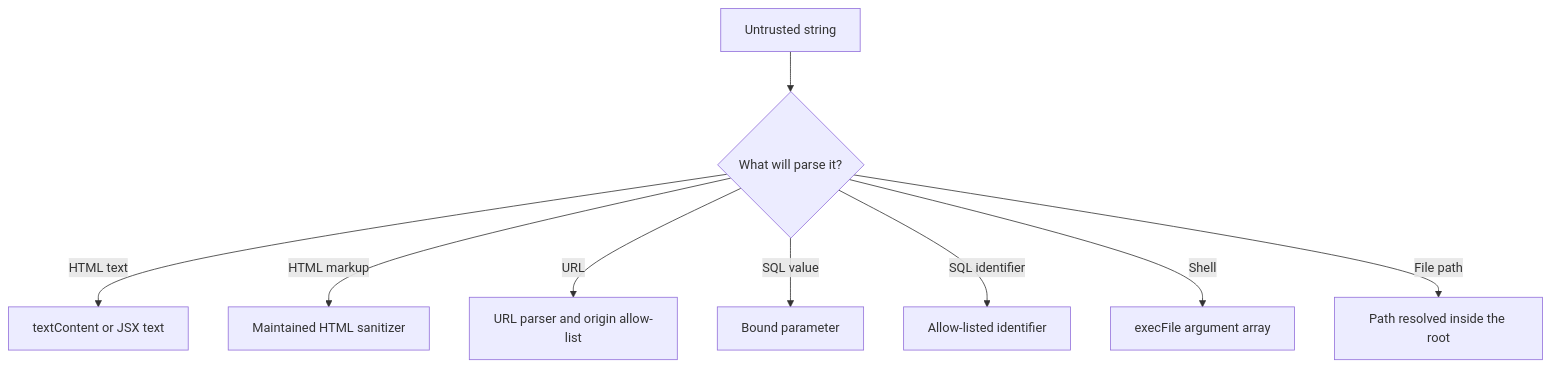
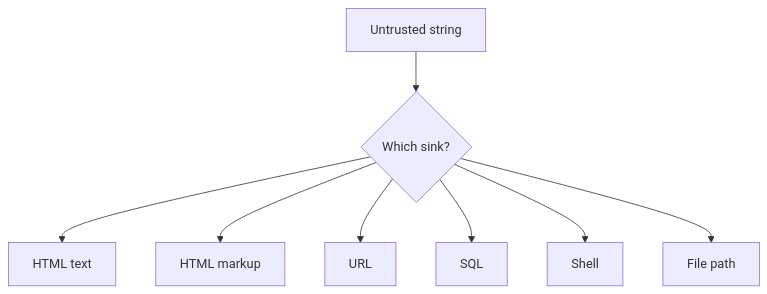
Before and after one commit to LucaNerlich/lucanerlich.com: the diagram in docs/javascript/user-input-sanitization.md, drawn with Mermaid. The commit also changed other lines of this file, not shown here.

Commit message:
Shorten the sanitization sink diagram so labels fit the page
The first flowchart named every control in the node text and clipped in the content column. The table under it already carries those controls.

````diff
--- a/docs/javascript/user-input-sanitization.md
+++ b/docs/javascript/user-input-sanitization.md
@@ -95,11 +95,10 @@
 ```mermaid
 graph TD
-    input[Untrusted string] --> kind{What will parse it?}
-    kind -->|HTML text| textNode[textContent or JSX text]
-    kind -->|HTML markup| sanitizer[Maintained HTML sanitizer]
-    kind -->|URL| urlParser[URL parser and origin allow-list]
-    kind -->|SQL value| query[Bound parameter]
-    kind -->|SQL identifier| columns[Allow-listed identifier]
-    kind -->|Shell| argv[execFile argument array]
-    kind -->|File path| contained[Path resolved inside the root]
+    input[Untrusted string] --> kind{Which sink?}
+    kind --> html[HTML text]
+    kind --> markup[HTML markup]
+    kind --> url[URL]
+    kind --> sql[SQL]
+    kind --> shell[Shell]
+    kind --> path[File path]
 ```
````
